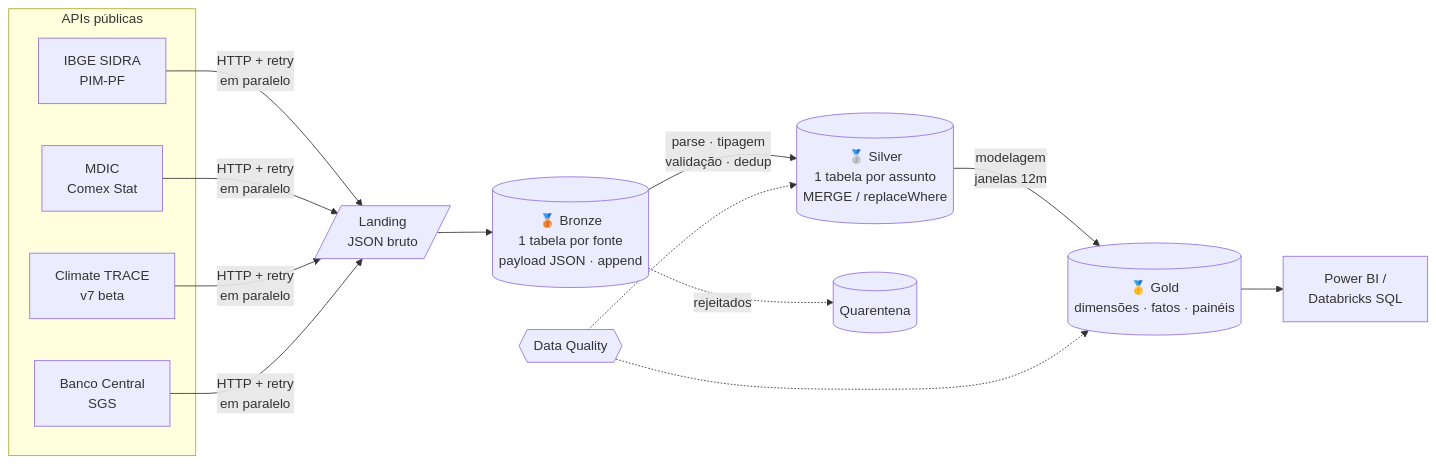
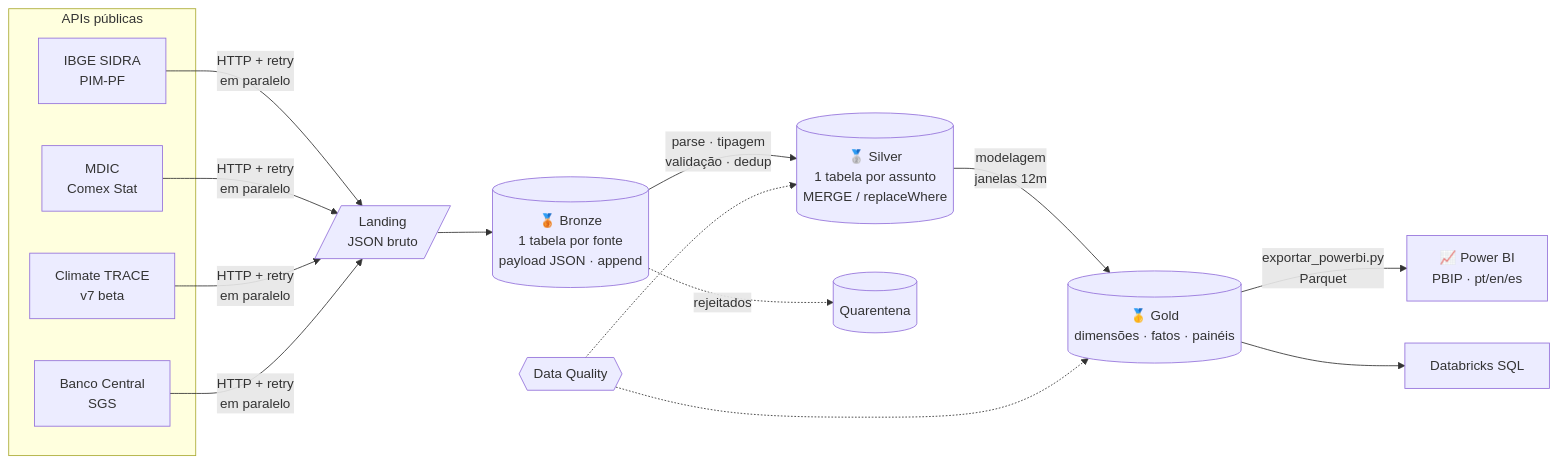
Before and after one commit to DeividJesusMartins/siderurgia-brasil-lakehouse: the diagram in README.md, drawn with Mermaid. The commit also changed other lines of this file, not shown here.

````diff
--- a/README.md
+++ b/README.md
@@ -31,17 +34,18 @@
 ```mermaid
 flowchart LR
     subgraph APIs públicas
         A1[IBGE SIDRA<br/>PIM-PF]
         A2[MDIC<br/>Comex Stat]
         A3[Climate TRACE<br/>v7 beta]
         A4[Banco Central<br/>SGS]
     end
 
     A1 & A2 & A3 & A4 -->|HTTP + retry<br/>em paralelo| L[/Landing<br/>JSON bruto/]
     L --> B[(🥉 Bronze<br/>1 tabela por fonte<br/>payload JSON · append)]
     B -->|parse · tipagem<br/>validação · dedup| S[(🥈 Silver<br/>1 tabela por assunto<br/>MERGE / replaceWhere)]
     B -.->|rejeitados| Q[(Quarentena)]
     S -->|modelagem<br/>janelas 12m| G[(🥇 Gold<br/>dimensões · fatos · painéis)]
-    G --> BI[Power BI /<br/>Databricks SQL]
+    G -->|exportar_powerbi.py<br/>Parquet| BI[📈 Power BI<br/>PBIP · pt/en/es]
+    G --> SQL[Databricks SQL]
     DQ{{Data Quality}} -.-> S & G
 ```
````
